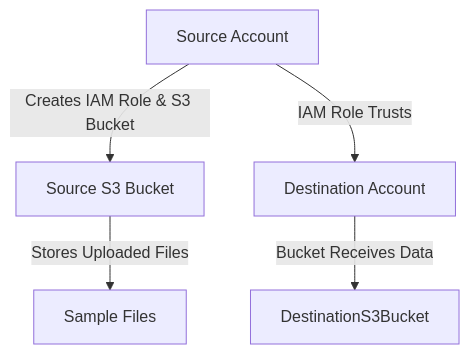
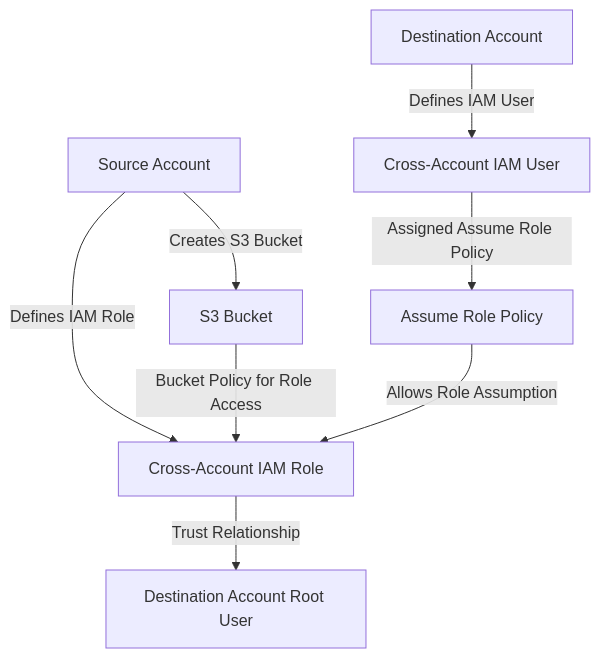
One commit to entechlog/aws-examples changed the first of 3 diagrams in aws-datasync/terraform/README.md. Above: the diagram before and after it, drawn with Mermaid. The commit also changed other lines of this file, not shown here.

Commit message:
changes to update the mermaid diagram

````diff
--- a/aws-datasync/terraform/README.md
+++ b/aws-datasync/terraform/README.md
@@ -11,8 +11,12 @@
 ```mermaid
-graph TD;
-    SourceAccount[Source Account] -->|Creates IAM Role & S3 Bucket| SourceS3Bucket[Source S3 Bucket]
-    DestinationAccount[Destination Account] -->|Bucket Receives Data| DestinationS3Bucket
+    graph TD;
+        SourceAccount[Source Account] -->|Defines IAM Role| SourceRole[Cross-Account IAM Role]
+        SourceRole -->|Trust Relationship| DestinationRootUser[Destination Account Root User]
 
-    SourceS3Bucket -->|Stores Uploaded Files| SourceS3Object[Sample Files]
-    SourceAccount -->|IAM Role Trusts| DestinationAccount
+        DestinationAccount[Destination Account] -->|Defines IAM User| DestinationUser[Cross-Account IAM User]
+        DestinationUser -->|Assigned Assume Role Policy| DestinationPolicy[Assume Role Policy]
+        DestinationPolicy -->|Allows Role Assumption| SourceRole
+
+        SourceAccount -->|Creates S3 Bucket| S3Bucket[S3 Bucket]
+        S3Bucket -->|Bucket Policy for Role Access| SourceRole
 ```
````
